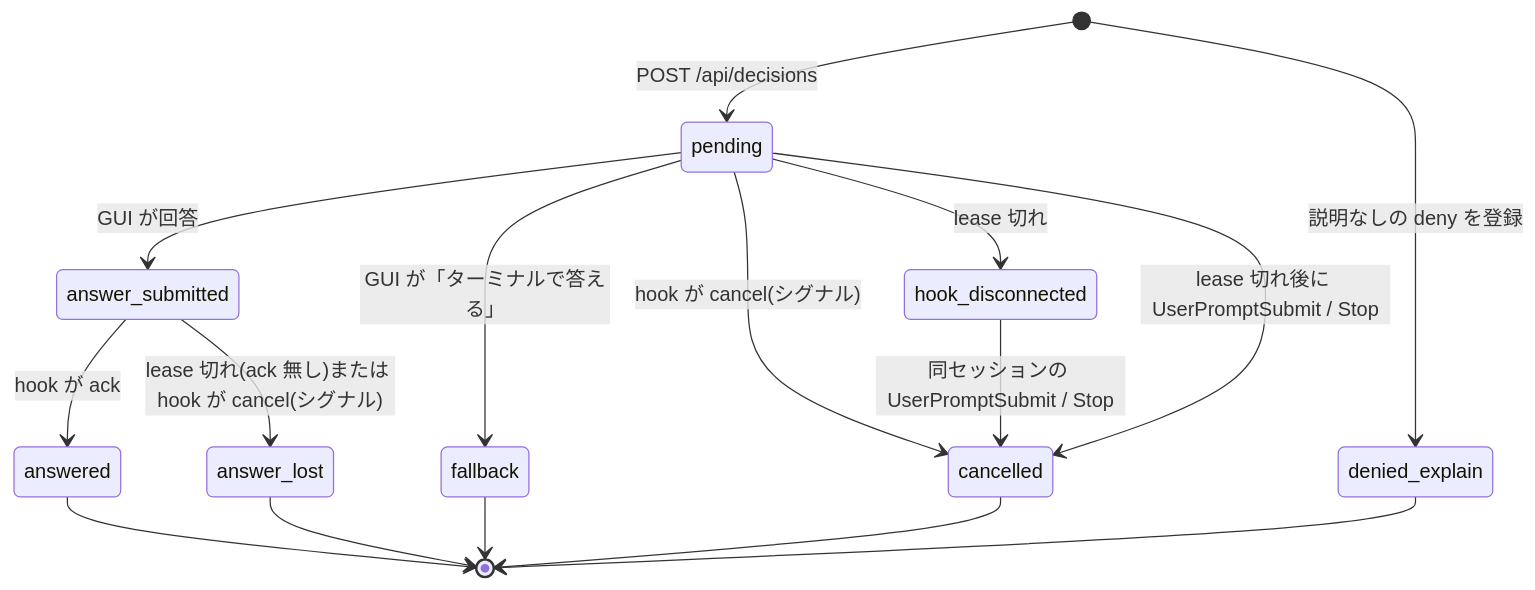
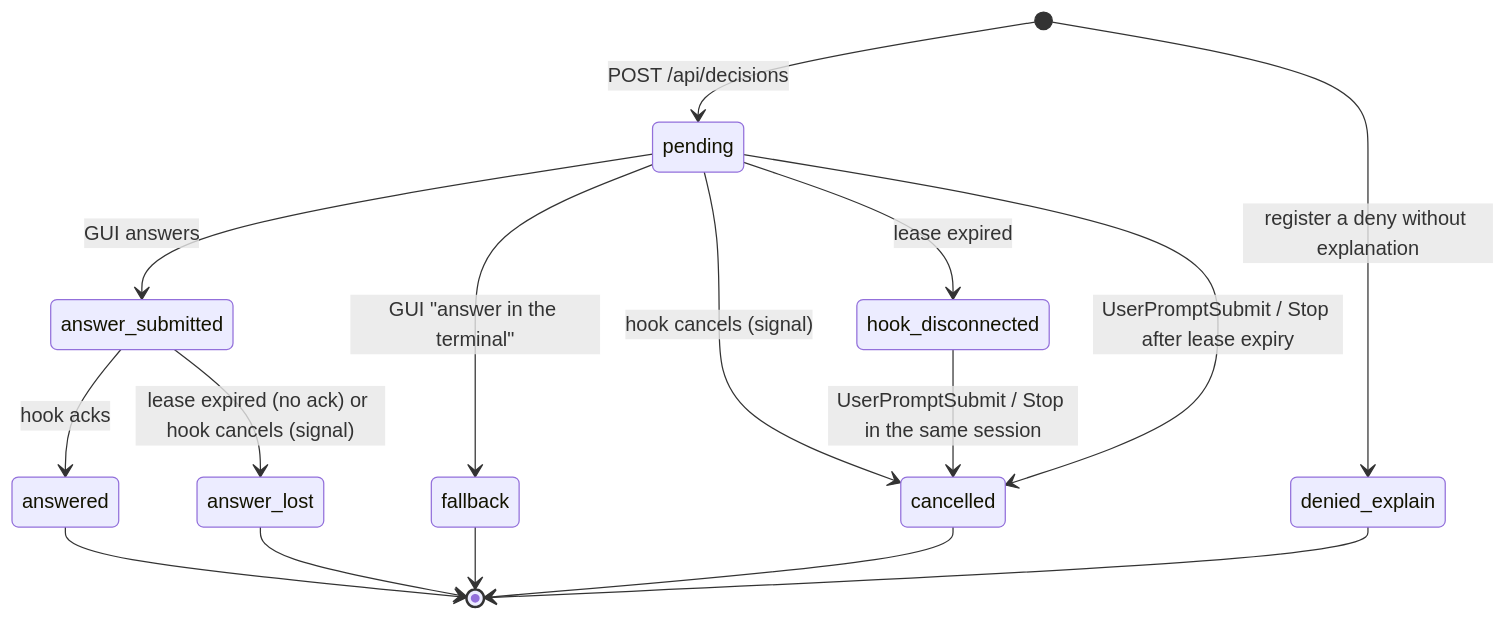
One commit to Asugawara/ukagai changed the diagram in docs/spec/api.md. Above: the diagram before and after it, drawn with Mermaid. The commit also changed other lines of this file and 41 other files, not shown here.

````diff
--- a/docs/spec/api.md
+++ b/docs/spec/api.md
@@ -208,18 +221,18 @@
 ```mermaid
 stateDiagram-v2
     [*] --> pending: POST /api/decisions
-    [*] --> denied_explain: 説明なしの deny を登録
-    pending --> answer_submitted: GUI が回答
-    pending --> fallback: GUI が「ターミナルで答える」
-    pending --> cancelled: hook が cancel(シグナル)
-    pending --> hook_disconnected: lease 切れ
-    pending --> cancelled: lease 切れ後に UserPromptSubmit / Stop
-    answer_submitted --> answered: hook が ack
-    answer_submitted --> answer_lost: lease 切れ(ack 無し)または hook が cancel(シグナル)
-    hook_disconnected --> cancelled: 同セッションの UserPromptSubmit / Stop
+    [*] --> denied_explain: register a deny without explanation
+    pending --> answer_submitted: GUI answers
+    pending --> fallback: GUI "answer in the terminal"
+    pending --> cancelled: hook cancels (signal)
+    pending --> hook_disconnected: lease expired
+    pending --> cancelled: UserPromptSubmit / Stop after lease expiry
+    answer_submitted --> answered: hook acks
+    answer_submitted --> answer_lost: lease expired (no ack) or hook cancels (signal)
+    hook_disconnected --> cancelled: UserPromptSubmit / Stop in the same session
     answered --> [*]
     fallback --> [*]
     answer_lost --> [*]
     cancelled --> [*]
     denied_explain --> [*]
 ```
````
